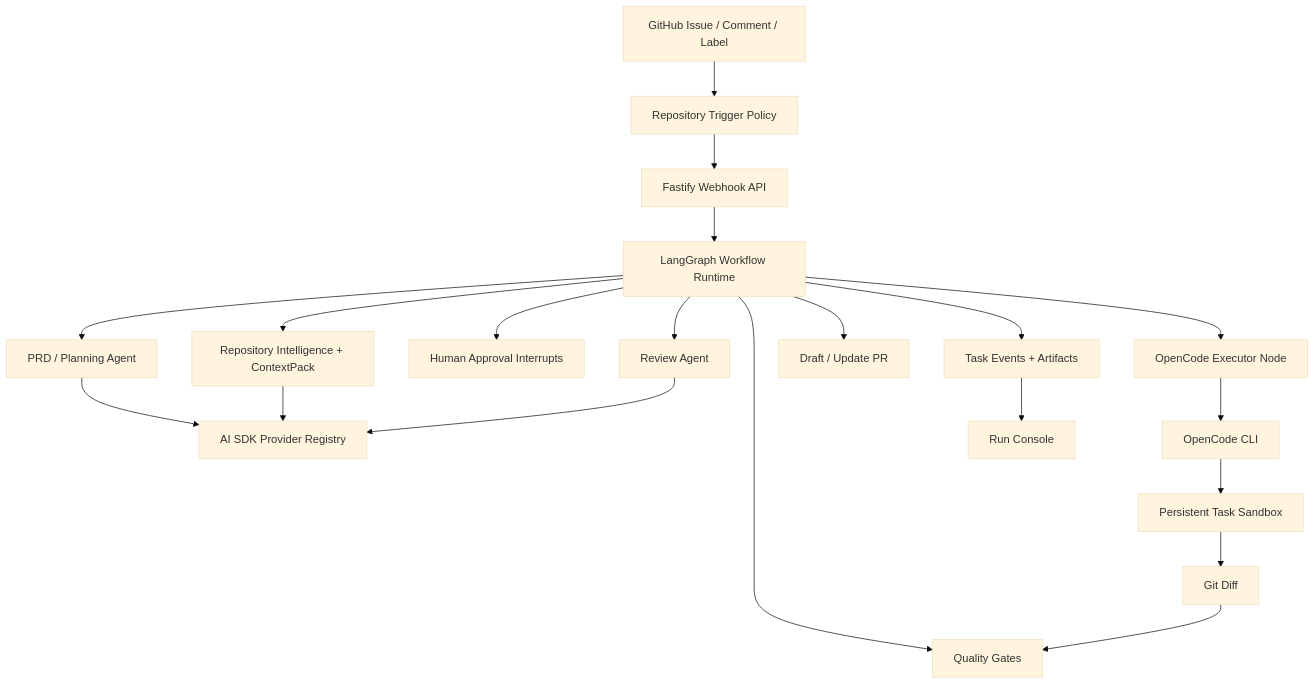
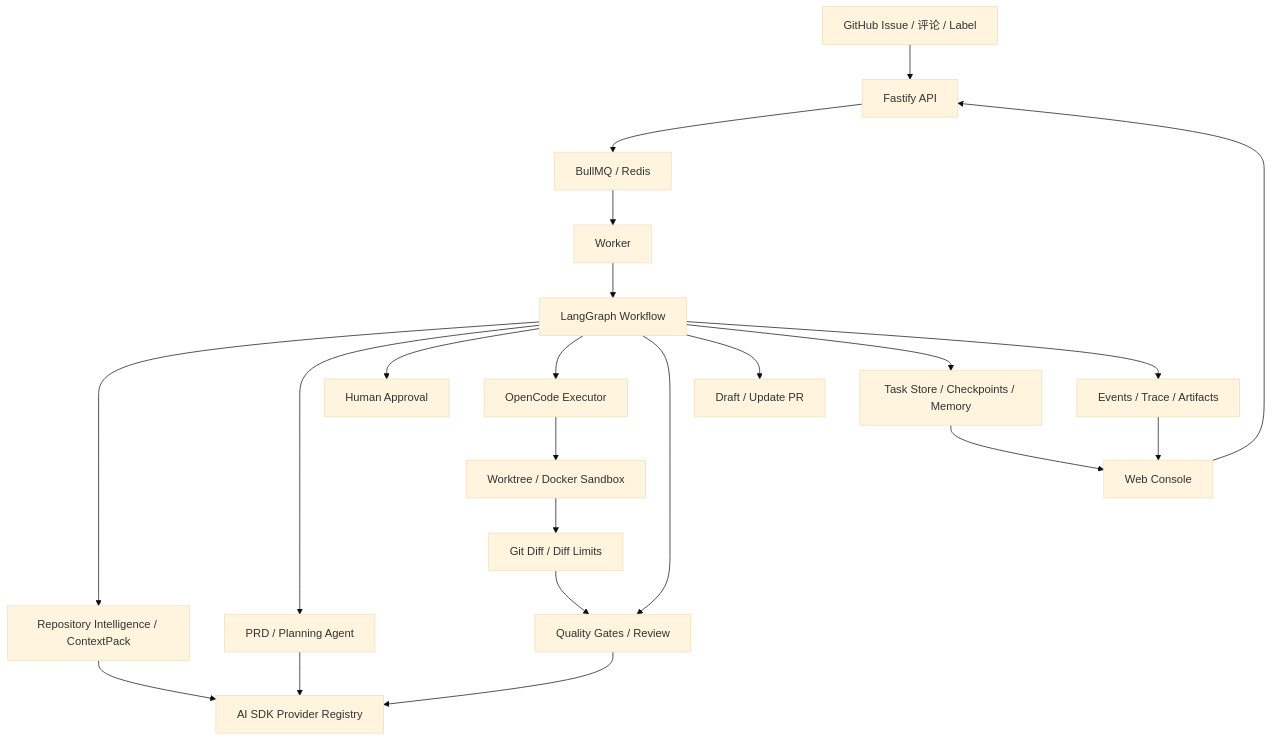
One commit to JASON-QWeb/CodeZero changed the diagram in README.md. Above: the diagram before and after it, drawn with Mermaid (base theme). The commit also changed other lines of this file and 53 other files, not shown here.

````diff
--- a/README.md
+++ b/README.md
@@ -139,22 +58,28 @@
 ```mermaid
 flowchart TD
-  GH["GitHub Issue / Comment / Label"] --> TP["Repository Trigger Policy"]
-  TP --> API["Fastify Webhook API"]
-  API --> LG["LangGraph Workflow Runtime"]
-  LG --> CTX["Repository Intelligence + ContextPack"]
-  LG --> PRD["PRD / Planning Agent"]
-  LG --> HITL["Human Approval Interrupts"]
-  LG --> EXEC["OpenCode Executor Node"]
-  LG --> QA["Quality Gates"]
-  LG --> REV["Review Agent"]
-  LG --> PR["Draft / Update PR"]
-  PRD --> SDK["AI SDK Provider Registry"]
+  GH["GitHub Issue / 评论 / Label"] --> API["Fastify API"]
+  UI["Web Console"] --> API
+  API --> Q["BullMQ / Redis"]
+  Q --> W["Worker"]
+  W --> LG["LangGraph Workflow"]
+
+  LG --> CTX["Repository Intelligence / ContextPack"]
+  LG --> PLAN["PRD / Planning Agent"]
+  LG --> HITL["Human Approval"]
+  LG --> EXEC["OpenCode Executor"]
+  LG --> QA["Quality Gates / Review"]
+  LG --> PUB["Draft / Update PR"]
+
+  PLAN --> SDK["AI SDK Provider Registry"]
   CTX --> SDK
-  REV --> SDK
-  EXEC --> OC["OpenCode CLI"]
-  OC --> SB["Persistent Task Sandbox"]
-  SB --> DIFF["Git Diff"]
+  QA --> SDK
+
+  EXEC --> SB["Worktree / Docker Sandbox"]
+  SB --> DIFF["Git Diff / Diff Limits"]
   DIFF --> QA
-  LG --> EVENTS["Task Events + Artifacts"]
-  EVENTS --> UI["Run Console"]
+
+  LG --> STORE["Task Store / Checkpoints / Memory"]
+  LG --> EVENTS["Events / Trace / Artifacts"]
+  STORE --> UI
+  EVENTS --> UI
 ```
````
